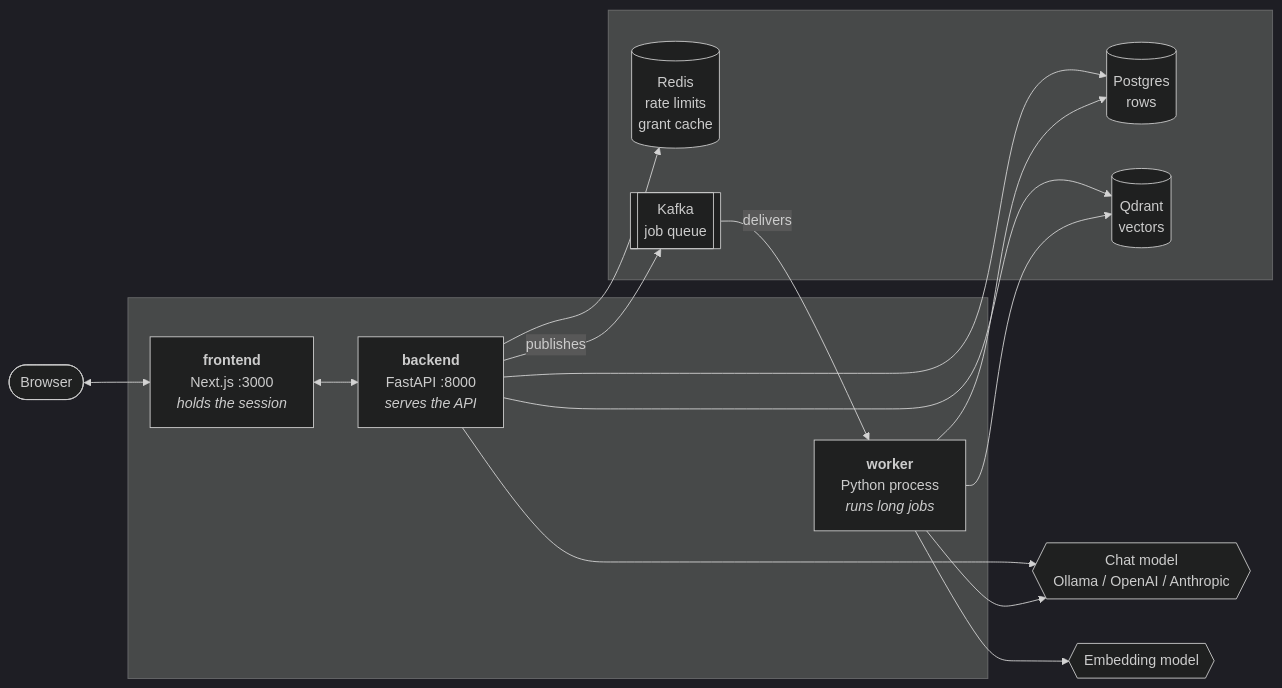
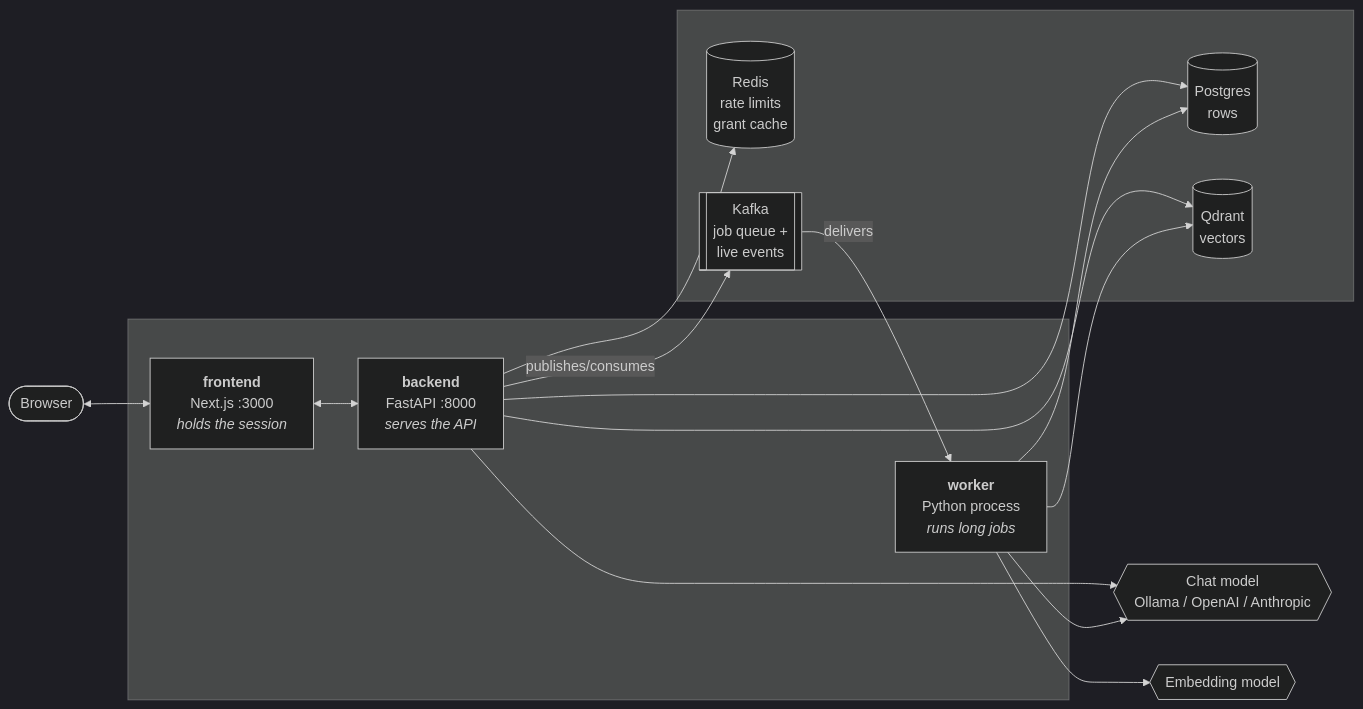
One commit to aolus-software/ask-repo changed the first of 3 diagrams in docs/architecture.md. Above: the diagram before and after it, drawn with Mermaid (dark theme). The commit also changed other lines of this file and 8 other files, not shown here.

````diff
--- a/docs/architecture.md
+++ b/docs/architecture.md
@@ -16,26 +16,26 @@
 ```mermaid
 flowchart LR
     B([Browser])
     subgraph app[" "]
       F["<b>frontend</b><br/>Next.js :3000<br/><i>holds the session</i>"]
       A["<b>backend</b><br/>FastAPI :8000<br/><i>serves the API</i>"]
       W["<b>worker</b><br/>Python process<br/><i>runs long jobs</i>"]
     end
     subgraph data[" "]
       P[("Postgres<br/>rows")]
       Q[("Qdrant<br/>vectors")]
       R[("Redis<br/>rate limits<br/>grant cache")]
-      K[["Kafka<br/>job queue"]]
+      K[["Kafka<br/>job queue +<br/>live events"]]
     end
     M{{"Chat model<br/>Ollama / OpenAI / Anthropic"}}
     E{{"Embedding model"}}
 
     B <--> F
     F <--> A
     A --> P & Q & R
-    A -- publishes --> K
+    A -- publishes/consumes --> K
     K -- delivers --> W
     W --> P & Q
     A --> M
     W --> M & E
 ```
````
